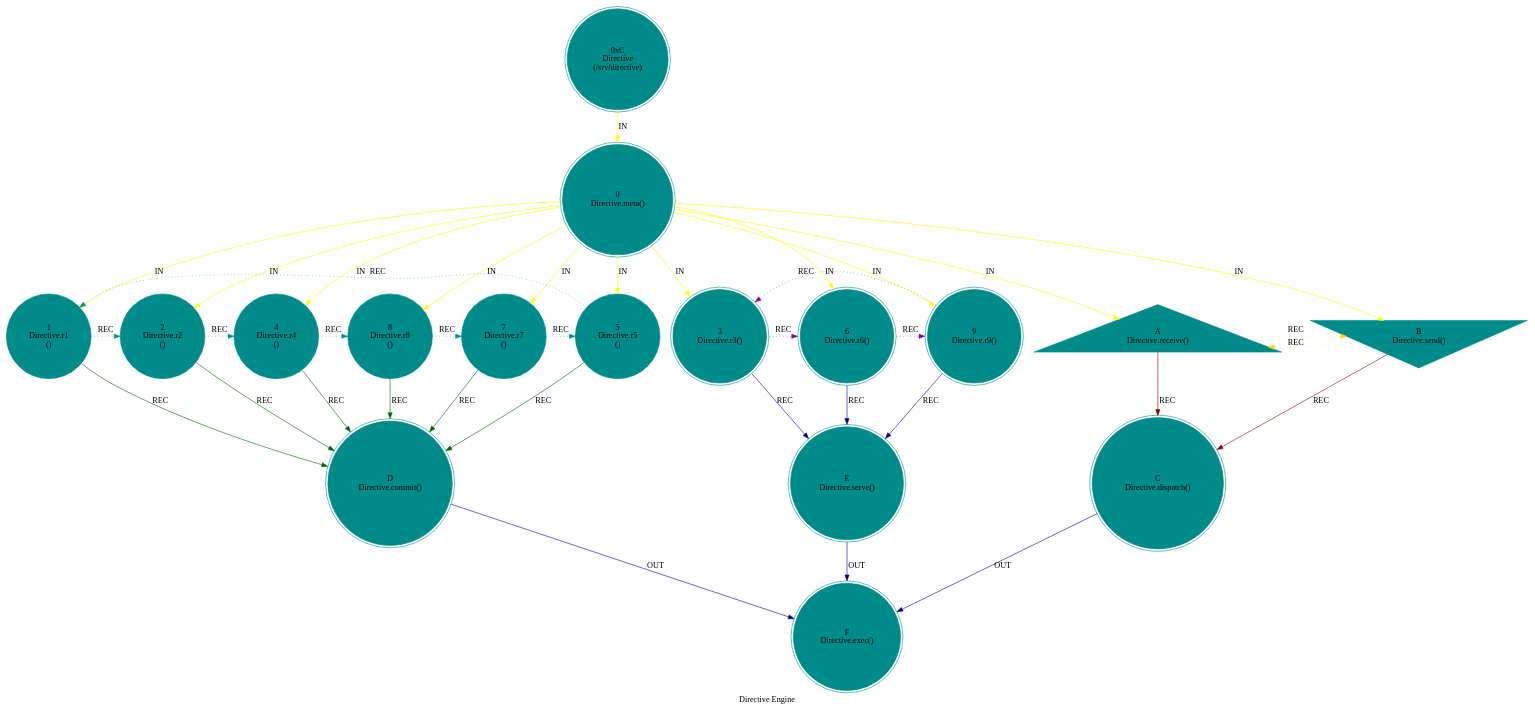
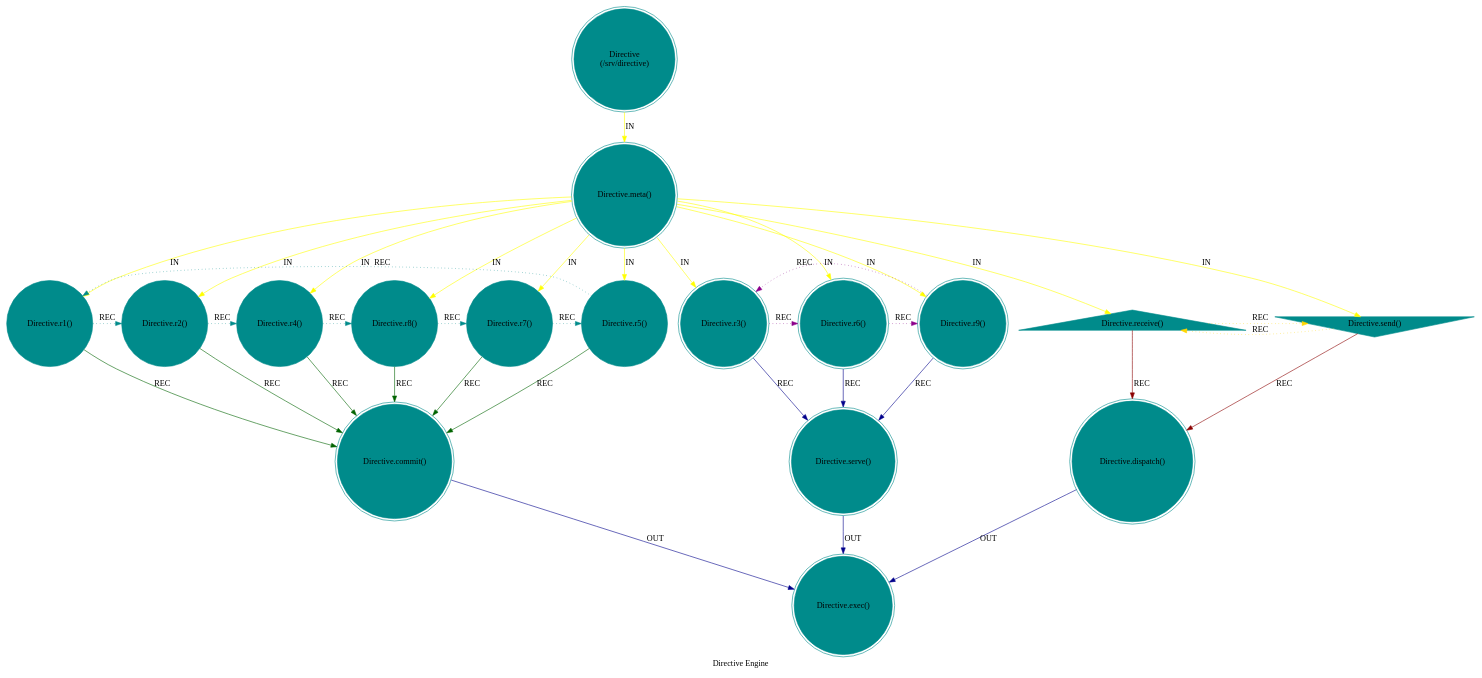
One commit to cilang/mythos changed the diagram in src/core/mythos_srv_directive.dot. Above: the diagram before and after it, drawn with Graphviz. The commit also changed 21 other files, not shown here.

```diff
--- a/src/core/mythos_srv_directive.dot
+++ b/src/core/mythos_srv_directive.dot
@@ -1,42 +1,42 @@
 digraph DirectiveEngine {
     label = "Directive Engine";
     style = filled;
     color = red;
     comment = "";
     node [shape = circle; style = filled; color = darkcyan;];
     
-    spark_c_mythos_t [label = "0xC\nDirective\n(/srv/directive)";shape = doublecircle;];
+    spark_c_mythos_t [label = "Directive\n(/srv/directive)";shape = doublecircle;];
     
     // r0::meta();r1,r2,r4,r8,r7,r5;r3,r6,r;ra::receive(),rb::send(),rc::dispatch(),rd::commit(),re::serve(),rf::exec()
-    spark_0_directive_t [label = "0\nDirective.meta()";shape = doublecircle;comment = "";];
-    spark_1_directive_t [label = "1\nDirective.r1\n()";shape = circle;comment = "";];
-    spark_2_directive_t [label = "2\nDirective.r2\n()";shape = circle;comment = "";];
-    spark_4_directive_t [label = "4\nDirective.r4\n()";shape = circle;comment = "";];
-    spark_8_directive_t [label = "8\nDirective.r8\n()";shape = circle;comment = "";];
-    spark_7_directive_t [label = "7\nDirective.r7\n()";shape = circle;comment = "";];
-    spark_5_directive_t [label = "5\nDirective.r5\n()";shape = circle;comment = "";];
-    spark_3_directive_t [label = "3\nDirective.r3()";shape = doublecircle;comment = "";];
-    spark_6_directive_t [label = "6\nDirective.r6()";shape = doublecircle;comment = "";];
-    spark_9_directive_t [label = "9\nDirective.r9()";shape = doublecircle;comment = "";];
-    spark_a_directive_t [label = "A\nDirective.receive()";shape = triangle;comment = "";];
-    spark_b_directive_t [label = "B\nDirective.send()";shape = invtriangle;comment = "";];
-    spark_c_directive_t [label = "C\nDirective.dispatch()";shape = doublecircle;comment = "";];
-    spark_d_directive_t [label = "D\nDirective.commit()";shape = doublecircle;comment = "";];
-    spark_e_directive_t [label = "E\nDirective.serve()";shape = doublecircle;comment = "`/srv/directive`";];
-    spark_f_directive_t [label = "F\nDirective.exec()";shape = doublecircle;comment = "";];
+    spark_0_directive_t [label = "Directive.meta()";shape = doublecircle;comment = "";];
+    spark_1_directive_t [label = "Directive.r1()";shape = circle;comment = "";];
+    spark_2_directive_t [label = "Directive.r2()";shape = circle;comment = "";];
+    spark_4_directive_t [label = "Directive.r4()";shape = circle;comment = "";];
+    spark_8_directive_t [label = "Directive.r8()";shape = circle;comment = "";];
+    spark_7_directive_t [label = "Directive.r7()";shape = circle;comment = "";];
+    spark_5_directive_t [label = "Directive.r5()";shape = circle;comment = "";];
+    spark_3_directive_t [label = "Directive.r3()";shape = doublecircle;comment = "";];
+    spark_6_directive_t [label = "Directive.r6()";shape = doublecircle;comment = "";];
+    spark_9_directive_t [label = "Directive.r9()";shape = doublecircle;comment = "";];
+    spark_a_directive_t [label = "Directive.receive()";shape = triangle;comment = "";];
+    spark_b_directive_t [label = "Directive.send()";shape = invtriangle;comment = "";];
+    spark_c_directive_t [label = "Directive.dispatch()";shape = doublecircle;comment = "";];
+    spark_d_directive_t [label = "Directive.commit()";shape = doublecircle;comment = "";];
+    spark_e_directive_t [label = "Directive.serve()";shape = doublecircle;comment = "`/srv/directive`";];
+    spark_f_directive_t [label = "Directive.exec()";shape = doublecircle;comment = "";];
     
     // IN = Input
     // OUT = Output
     // REC = Recursion
     spark_c_mythos_t -> spark_0_directive_t -> {spark_a_directive_t spark_b_directive_t spark_1_directive_t spark_2_directive_t spark_3_directive_t spark_4_directive_t spark_5_directive_t spark_6_directive_t spark_7_directive_t spark_8_directive_t spark_9_directive_t} [label = "IN"; color = yellow; comment = "";];
     
     {spark_a_directive_t spark_b_directive_t} -> spark_c_directive_t [label = "REC"; color = darkred; comment = "";];
     {spark_1_directive_t spark_2_directive_t spark_4_directive_t spark_8_directive_t spark_7_directive_t spark_5_directive_t} -> spark_d_directive_t [label = "REC"; color = darkgreen; comment = "";];
     {spark_3_directive_t spark_6_directive_t spark_9_directive_t} -> spark_e_directive_t [label = "REC"; color = darkblue; comment = "";];
     
     spark_1_directive_t -> spark_2_directive_t -> spark_4_directive_t -> spark_8_directive_t -> spark_7_directive_t -> spark_5_directive_t -> spark_1_directive_t [label = "REC"; color = darkcyan; comment = ""; style = dotted; constraint = false;];
     spark_3_directive_t -> spark_6_directive_t -> spark_9_directive_t -> spark_3_directive_t [label = "REC"; color = darkmagenta; comment = ""; style = dotted; constraint = false;];
     spark_a_directive_t -> spark_b_directive_t -> spark_a_directive_t [label = "REC"; color = gold; comment = ""; style = dotted; constraint = false;];
     
     {spark_c_directive_t spark_d_directive_t spark_e_directive_t} -> spark_f_directive_t [label = "OUT"; color = darkblue; comment = "";];
 }
```
